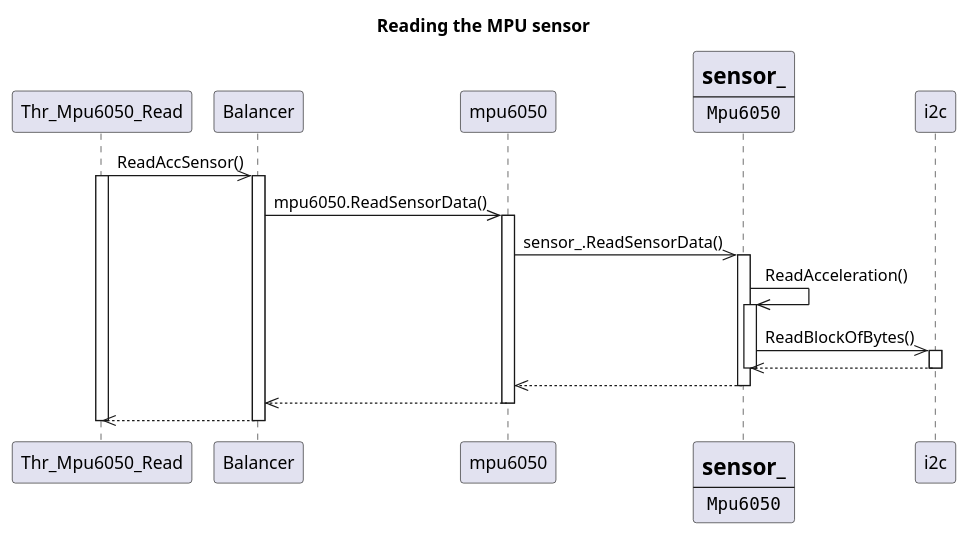
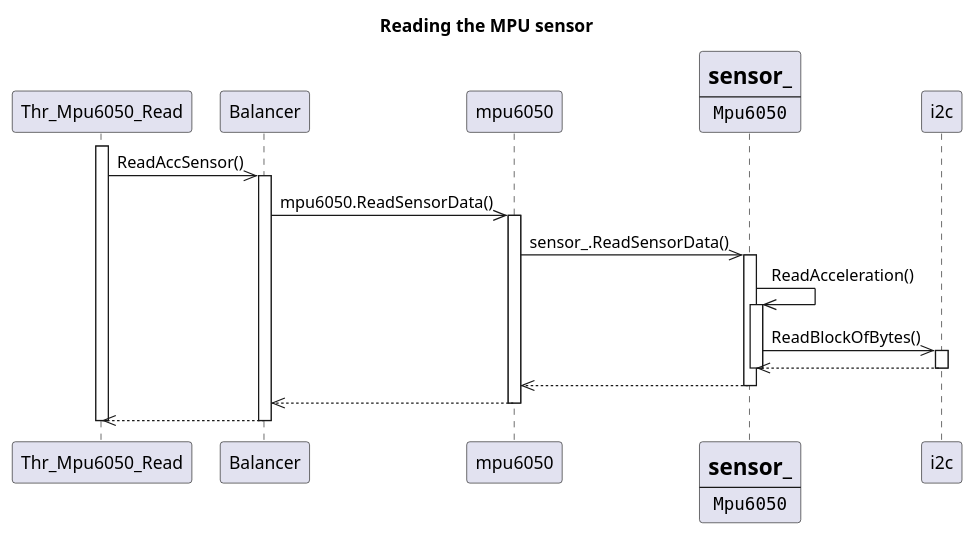
The first of 2 diagrams in docs/software-design/main_unit.md (inpgbburda/FlyMatic), drawn with PlantUML before and after one commit.

Commit message:
Try simplifying the diagram to avoid deploy errors

````diff
--- a/docs/software-design/main_unit.md
+++ b/docs/software-design/main_unit.md
@@ -20,41 +20,38 @@
 ```puml
 @startuml
 title Reading the MPU sensor
 
 participant "Thr_Mpu6050_Read"  as Thr_Mpu6050_Read
 participant "Balancer"          as Balancer
 participant "mpu6050"          as mpu6050
-participant Mpu6050_sensor_ [
+participant Mpu6050_sensor [
     =sensor_
     ----
     ""Mpu6050""
 ]
 participant "i2c"               as i2c
 
+activate Thr_Mpu6050_Read
 Thr_Mpu6050_Read ->> Balancer : ReadAccSensor()
-activate Thr_Mpu6050_Read
 activate Balancer
-
 Balancer ->> mpu6050: mpu6050.ReadSensorData()
 activate mpu6050
-mpu6050 ->> Mpu6050_sensor_:         sensor_.ReadSensorData()
-activate Mpu6050_sensor_
-Mpu6050_sensor_ ->> Mpu6050_sensor_: ReadAcceleration()
-activate Mpu6050_sensor_
-Mpu6050_sensor_ ->> i2c:             ReadBlockOfBytes()
+mpu6050 ->> Mpu6050_sensor:         sensor_.ReadSensorData()
+activate Mpu6050_sensor
+Mpu6050_sensor ->> Mpu6050_sensor: ReadAcceleration()
+activate Mpu6050_sensor
+Mpu6050_sensor ->> i2c:             ReadBlockOfBytes()
 activate i2c
-
-i2c -->> Mpu6050_sensor_
-deactivate Mpu6050_sensor_
+i2c -->> Mpu6050_sensor
+deactivate Mpu6050_sensor
 deactivate i2c
-Mpu6050_sensor_ -->> mpu6050
-deactivate Mpu6050_sensor_
-
+Mpu6050_sensor -->> mpu6050
+deactivate Mpu6050_sensor
 mpu6050 -->> Balancer
 deactivate mpu6050
 Balancer -->> Thr_Mpu6050_Read:
 deactivate Balancer
 deactivate Thr_Mpu6050_Read
 
 @enduml
 ```
````
